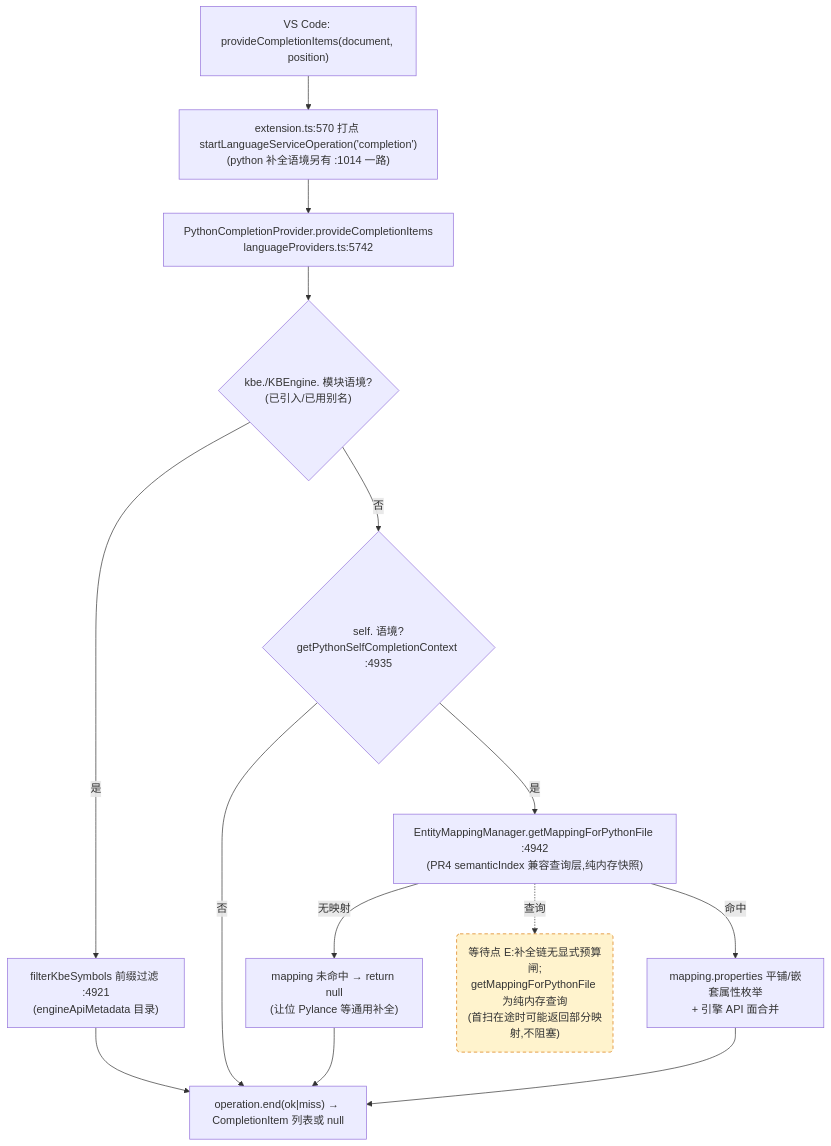
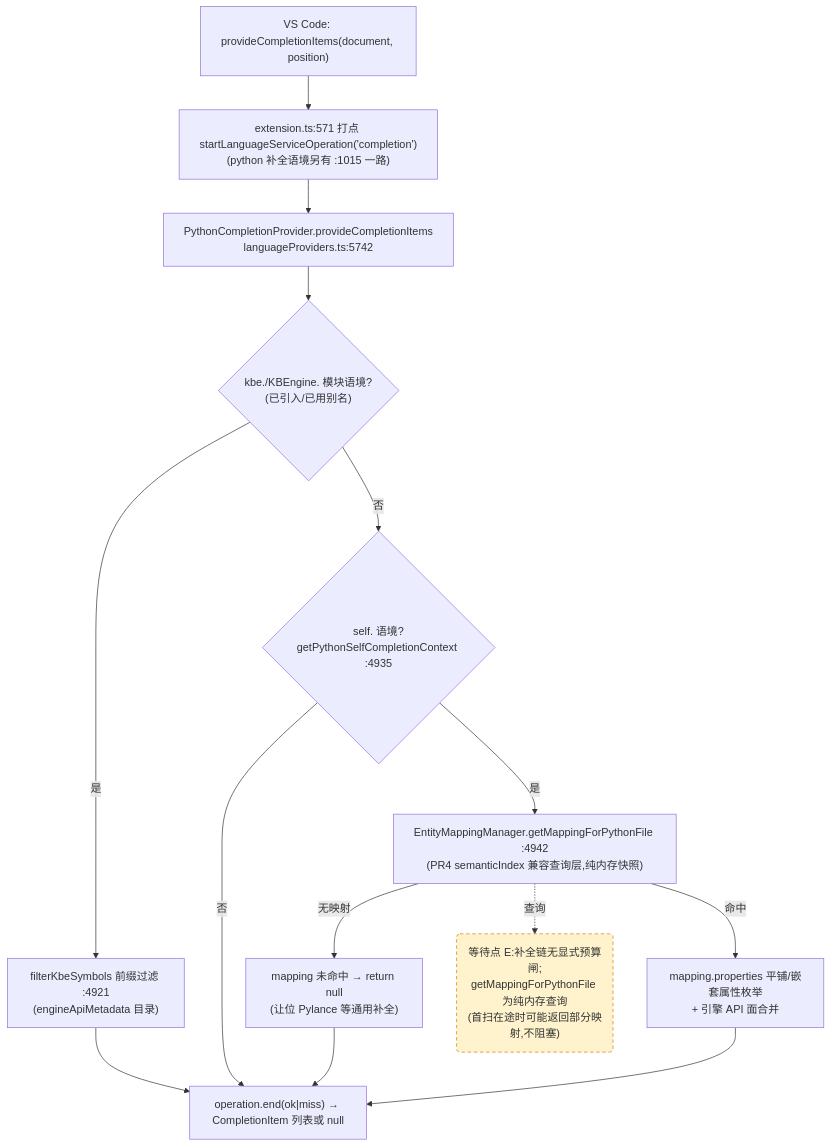
One commit to cuihairu/kode changed the third of 4 diagrams in docs/perf/2026-baseline.md. Above: the diagram before and after it, drawn with Mermaid. The commit also changed other lines of this file and 10 other files, not shown here.

````diff
--- a/docs/perf/2026-baseline.md
+++ b/docs/perf/2026-baseline.md
@@ -184,27 +184,27 @@
 ```mermaid
 flowchart TD
   VC3["VS Code: provideCompletionItems(document, position)"]
-  M3["extension.ts:570 打点 startLanguageServiceOperation('completion')<br/>(python 补全语境另有 :1014 一路)"]
+  M3["extension.ts:571 打点 startLanguageServiceOperation('completion')<br/>(python 补全语境另有 :1015 一路)"]
   CP["PythonCompletionProvider.provideCompletionItems<br/>languageProviders.ts:5742"]
   KBEC{"kbe./KBEngine. 模块语境?<br/>(已引入/已用别名)"}
   FILTER["filterKbeSymbols 前缀过滤 :4921<br/>(engineApiMetadata 目录)"]
   SELFC{"self. 语境?<br/>getPythonSelfCompletionContext :4935"}
   MAP["EntityMappingManager.getMappingForPythonFile :4942<br/>(PR4 semanticIndex 兼容查询层,纯内存快照)"]
   NOMAP["mapping 未命中 → return null<br/>(让位 Pylance 等通用补全)"]
   PROPS["mapping.properties 平铺/嵌套属性枚举<br/>+ 引擎 API 面合并"]
   END3["operation.end(ok|miss) → CompletionItem 列表或 null"]
 
   VC3 --> M3 --> CP --> KBEC
   KBEC -- "是" --> FILTER --> END3
   KBEC -- "否" --> SELFC
   SELFC -- "否" --> END3
   SELFC -- "是" --> MAP
   MAP -- "无映射" --> NOMAP --> END3
   MAP -- "命中" --> PROPS --> END3
 
   WAITE("等待点 E:补全链无显式预算闸;<br/>getMappingForPythonFile 为纯内存查询<br/>(首扫在途时可能返回部分映射,不阻塞)")
   MAP -.->|查询| WAITE
 
   classDef waitPoint fill:#fff3cd,stroke:#d97706,stroke-dasharray:5 4;
   class WAITE waitPoint;
 ```
````
